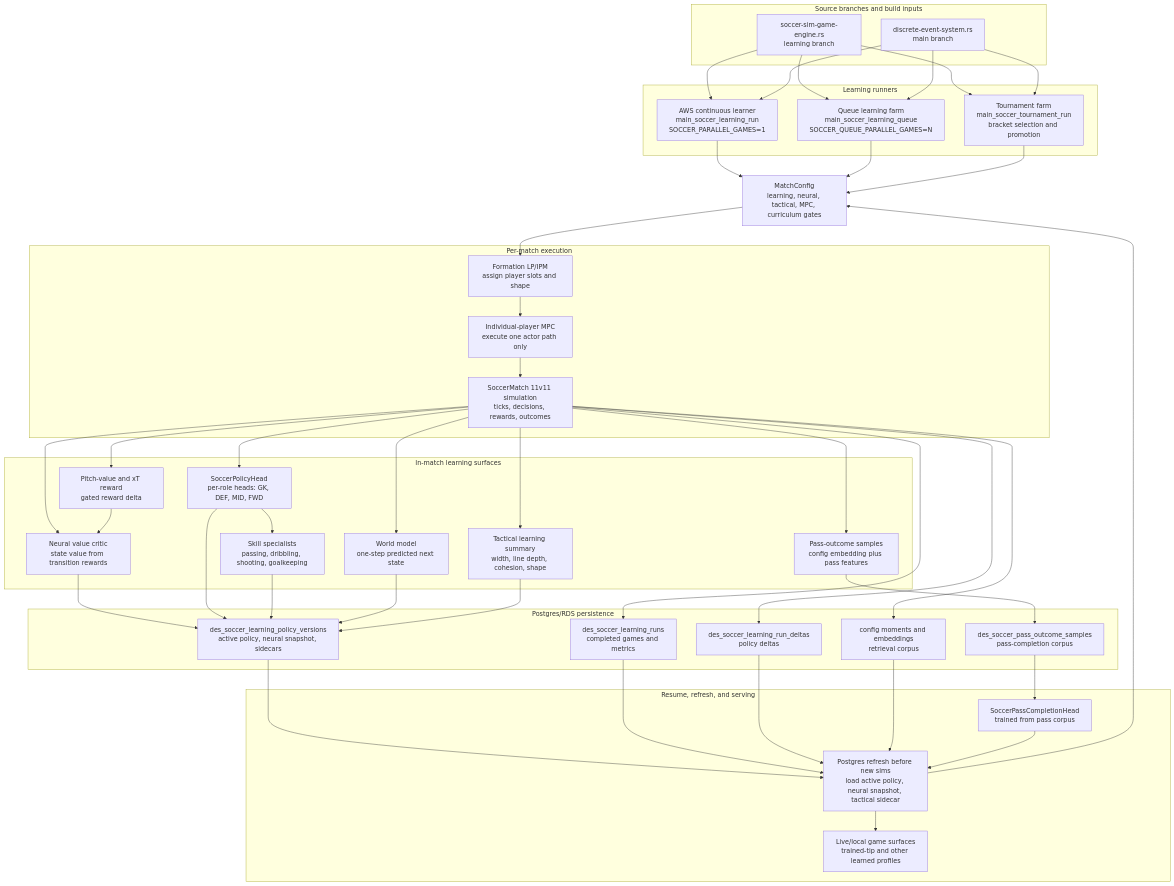
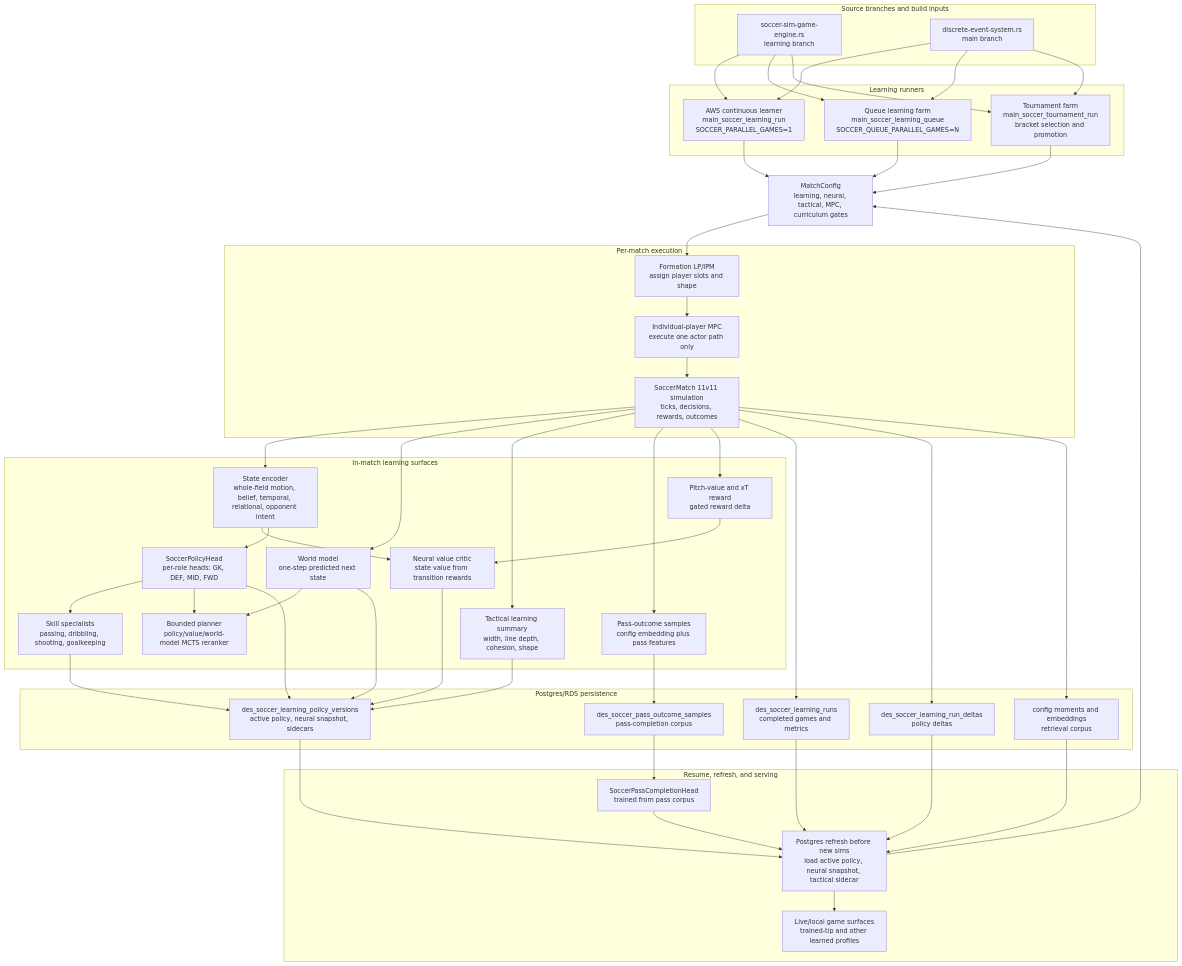
One commit to akrion-sim/akrion-soccer-engine-rs changed the diagram in docs/learning-design.md. Above: the diagram before and after it, drawn with Mermaid. The commit also changed other lines of this file and 4 other files, not shown here.

```diff
--- a/docs/learning-design.md
+++ b/docs/learning-design.md
@@ -39,18 +39,23 @@
   mpc --> sim
 
   subgraph learners["In-match learning surfaces"]
+    encoder["State encoder<br/>whole-field motion, belief, temporal, relational, opponent intent"]
     critic["Neural value critic<br/>state value from transition rewards"]
     actor["SoccerPolicyHead<br/>per-role heads: GK, DEF, MID, FWD"]
     specialists["Skill specialists<br/>passing, dribbling, shooting, goalkeeping"]
+    planner["Bounded planner<br/>policy/value/world-model MCTS reranker"]
     world_model["World model<br/>one-step predicted next state"]
     tactical["Tactical learning summary<br/>width, line depth, cohesion, shape"]
     pass_samples["Pass-outcome samples<br/>config embedding plus pass features"]
     pitch_value["Pitch-value and xT reward<br/>gated reward delta"]
   end
 
-  sim --> critic
-  sim --> actor
+  sim --> encoder
+  encoder --> critic
+  encoder --> actor
   actor --> specialists
+  actor --> planner
+  world_model --> planner
   sim --> world_model
   sim --> tactical
   sim --> pass_samples
```
